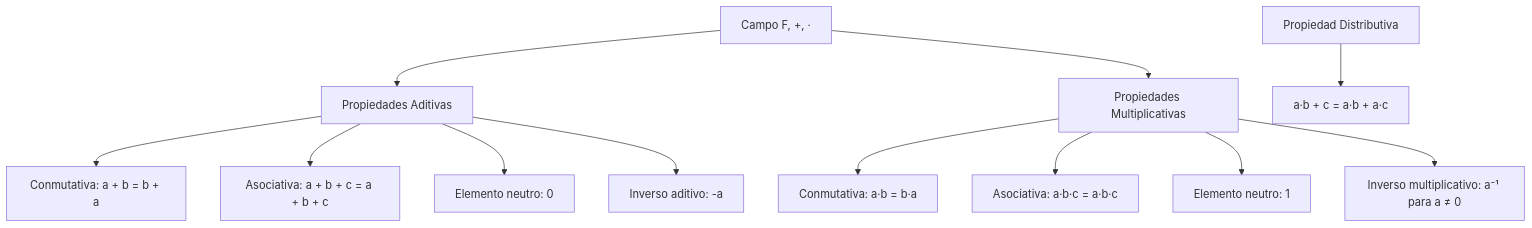
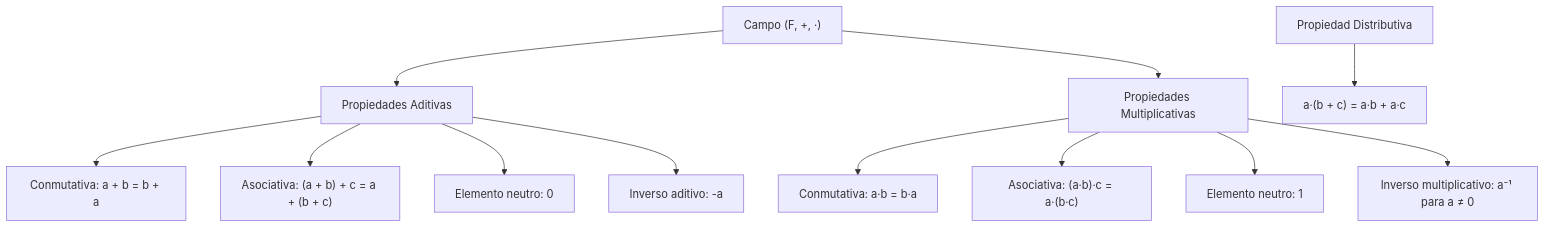
Before and after one commit to djaimej/computer-science-template: the first of 2 diagrams in public/documents/semester-3/1/3111.md, drawn with Mermaid. The commit also changed other lines of this file and 34 other files, not shown here.

````diff
--- a/public/documents/semester-3/1/3111.md
+++ b/public/documents/semester-3/1/3111.md
@@ -30,21 +33,21 @@
 ```mermaid
 flowchart TD
-    A[Campo F, +, ·] --> B[Propiedades Aditivas]
+    A["Campo (F, +, ·)"] --> B[Propiedades Aditivas]
     A --> C[Propiedades Multiplicativas]
 
     B --> D[Conmutativa: a + b = b + a]
-    B --> E[Asociativa: a + b + c = a + b + c]
+    B --> E["Asociativa: (a + b) + c = a + (b + c)"]
     B --> F[Elemento neutro: 0]
     B --> G[Inverso aditivo: -a]
 
     C --> H[Conmutativa: a·b = b·a]
-    C --> I[Asociativa: a·b·c = a·b·c]
+    C --> I["Asociativa: (a·b)·c = a·(b·c)"]
     C --> J[Elemento neutro: 1]
     C --> K[Inverso multiplicativo: a⁻¹ para a ≠ 0]
 
-    L[Propiedad Distributiva] --> M[a·b + c = a·b + a·c]
+    L[Propiedad Distributiva] --> M["a·(b + c) = a·b + a·c"]
 
     D:::purple
     H:::blue
     M:::lazuli
 ```
````
